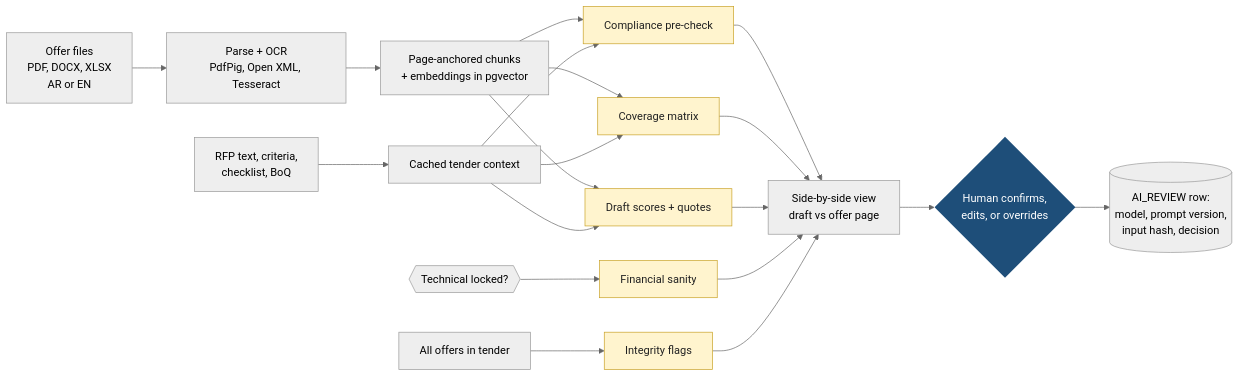
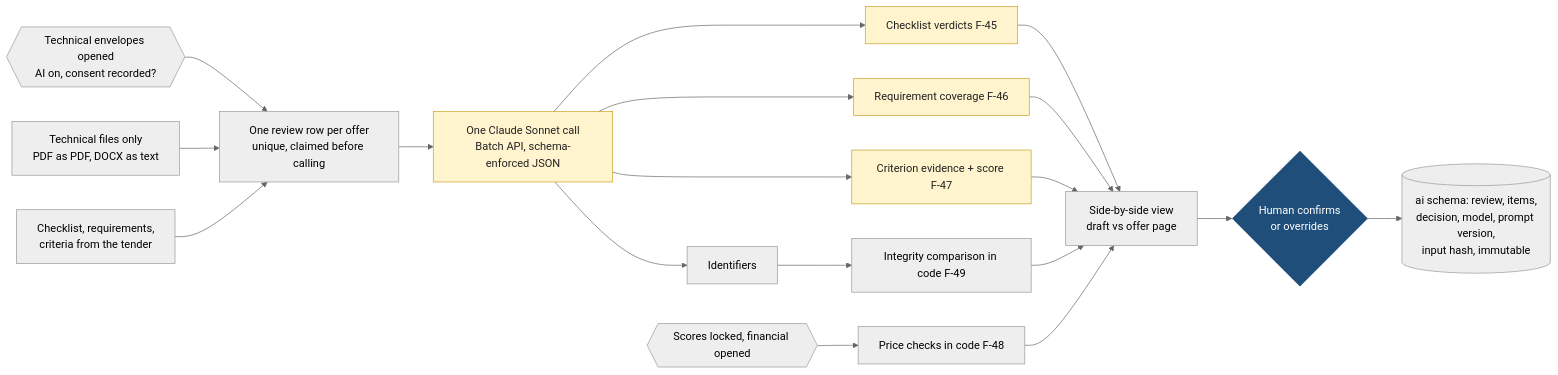
Before and after one commit to AhmedAssaf/ERP: diagram 11 of 13 in docs/03-diagrams.md, drawn with Mermaid (neutral theme). The commit also changed other lines of this file and 7 other files, not shown here.

Commit message:
AI offer review design spec (F-45 to F-50) and ADR-0005; docs aligned: PDFs to Claude Sonnet, one review per offer, tenant consent

````diff
--- a/docs/03-diagrams.md
+++ b/docs/03-diagrams.md
@@ -444,17 +442,18 @@
 ```mermaid
 flowchart LR
     classDef ai fill:#FFF4CE,stroke:#C9A227,color:#222
     classDef human fill:#1E4E79,color:#fff,stroke:none
 
-    IN[Offer files<br/>PDF, DOCX, XLSX<br/>AR or EN] --> PARSE[Parse + OCR<br/>PdfPig, Open XML, Tesseract]
-    PARSE --> CHUNK[Page-anchored chunks<br/>+ embeddings in pgvector]
-    RFP[RFP text, criteria,<br/>checklist, BoQ] --> CTX[Cached tender context]
-    CHUNK & CTX --> P1[Compliance pre-check]:::ai
-    CHUNK & CTX --> P2[Coverage matrix]:::ai
-    CHUNK & CTX --> P3[Draft scores + quotes]:::ai
-    LOCK{{Technical locked?}} --> P4[Financial sanity]:::ai
-    ALL[All offers in tender] --> P5[Integrity flags]:::ai
-    P1 & P2 & P3 & P4 & P5 --> UI[Side-by-side view<br/>draft vs offer page]
-    UI --> H{Human confirms,<br/>edits, or overrides}:::human
-    H --> STORE[(AI_REVIEW row:<br/>model, prompt version,<br/>input hash, decision)]
+    OPEN{{Technical envelopes opened<br/>AI on, consent recorded?}} --> ROW[One review row per offer<br/>unique, claimed before calling]
+    IN[Technical files only<br/>PDF as PDF, DOCX as text] --> ROW
+    REQ[Checklist, requirements,<br/>criteria from the tender] --> ROW
+    ROW --> CALL[One Claude Sonnet call<br/>Batch API, schema-enforced JSON]:::ai
+    CALL --> D1[Checklist verdicts F-45]:::ai
+    CALL --> D2[Requirement coverage F-46]:::ai
+    CALL --> D3[Criterion evidence + score F-47]:::ai
+    CALL --> ID[Identifiers] --> IC[Integrity comparison in code F-49]
+    LOCK{{Scores locked, financial opened}} --> PC[Price checks in code F-48]
+    D1 & D2 & D3 & IC & PC --> UI[Side-by-side view<br/>draft vs offer page]
+    UI --> H{Human confirms<br/>or overrides}:::human
+    H --> STORE[(ai schema: review, items,<br/>decision, model, prompt version,<br/>input hash, immutable)]
 ```
````
